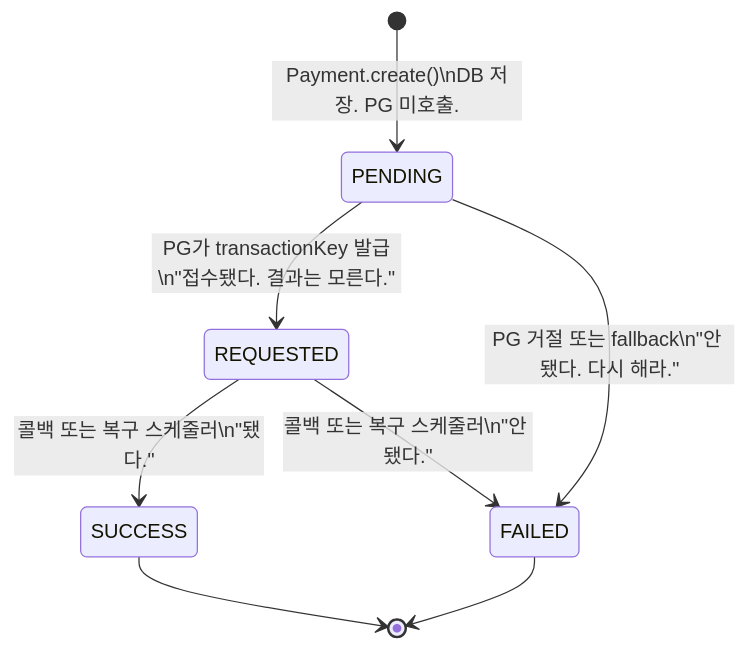
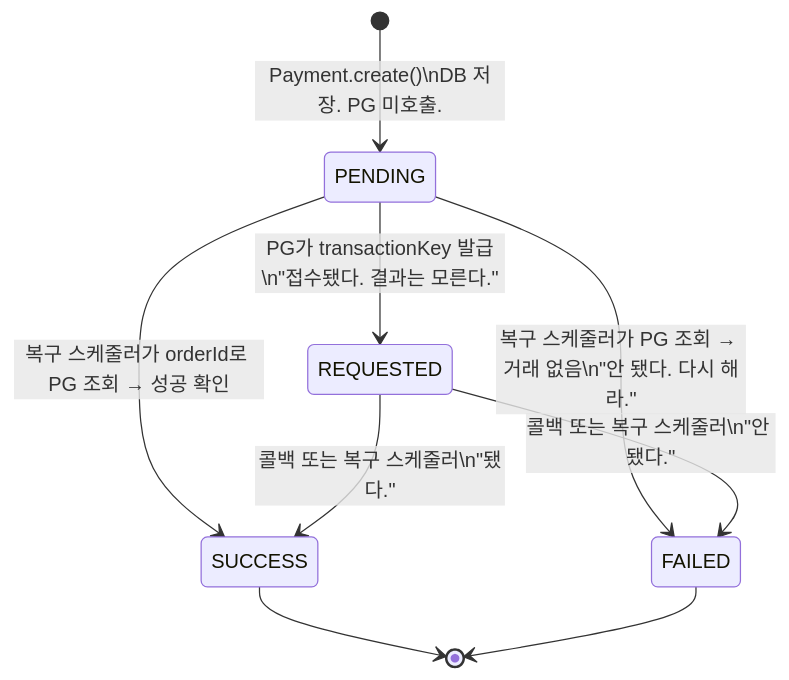
The tenth of 10 diagrams in contents/posts/roopers/technical-writing/round6/index.md (hyungkishin/hyungkishin.github.io), drawn with Mermaid before and after one commit. The commit also changed other lines of this file and 1 other file, not shown here.

````diff
--- a/contents/posts/roopers/technical-writing/round6/index.md
+++ b/contents/posts/roopers/technical-writing/round6/index.md
@@ -407,13 +424,14 @@
 ```mermaid
 stateDiagram-v2
     [*] --> PENDING: Payment.create()\nDB 저장. PG 미호출.
 
     PENDING --> REQUESTED: PG가 transactionKey 발급\n"접수됐다. 결과는 모른다."
-    PENDING --> FAILED: PG 거절 또는 fallback\n"안 됐다. 다시 해라."
+    PENDING --> FAILED: 복구 스케줄러가 PG 조회 → 거래 없음\n"안 됐다. 다시 해라."
 
+    PENDING --> SUCCESS: 복구 스케줄러가 orderId로 PG 조회 → 성공 확인
     REQUESTED --> SUCCESS: 콜백 또는 복구 스케줄러\n"됐다."
     REQUESTED --> FAILED: 콜백 또는 복구 스케줄러\n"안 됐다."
 
     SUCCESS --> [*]
     FAILED --> [*]
 ```
````
